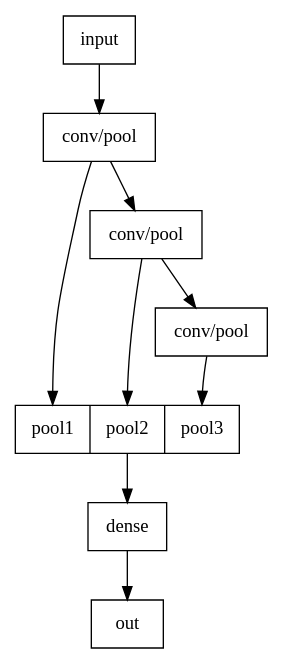
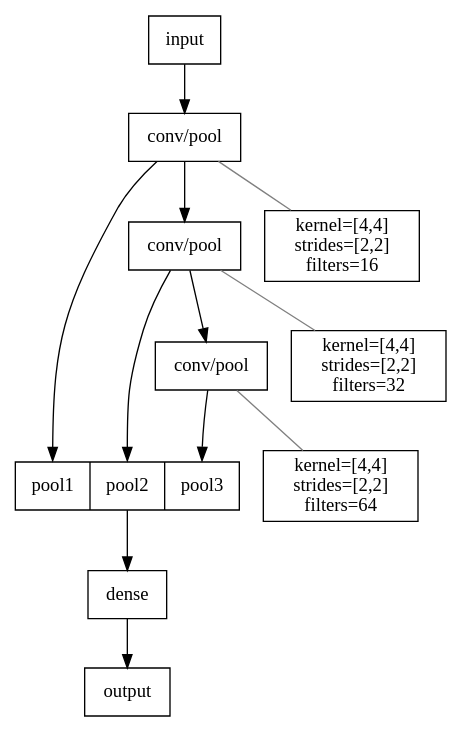
One commit to zpreisler/tensorflow_CNN changed the diagram in doc/graph.gv. Above: the diagram before and after it, drawn with Graphviz. The commit also changed 5 other files, not shown here.

```diff
--- a/doc/graph.gv
+++ b/doc/graph.gv
@@ -1,21 +1,32 @@
 digraph CNN {
 	node [shape =record];
 
-	flat [label = "{  { <f0> pool1 | <f1> pool2 | <f2> pool3 }  } "]
-	conv1 [label ="conv/pool"]
-	conv2 [label ="conv/pool"]
-	conv3 [label ="conv/pool"]
+	flat [label = "{  { <f0> pool1 | <f1> pool2 | <f2> pool3 }  } "];
+	conv1 [label ="conv/pool"];
+	conv2 [label ="conv/pool"];
+	conv3 [label ="conv/pool"];
+
+	d1 [label = "kernel=[4,4]\n strides=[2,2]\n filters=16"]
+	d2 [label = "kernel=[4,4]\n strides=[2,2]\n filters=32"]
+	d3 [label = "kernel=[4,4]\n strides=[2,2]\n filters=64"]
+
+	subgraph A {
+		edge [dir=none, color=gray]
+		conv1 -> d1;
+		conv2 -> d2;
+		conv3 -> d3;
+	}
 
 	input -> conv1;
 	conv1 -> conv2;
 	conv2 -> conv3;
 	conv1 -> "flat":f0;
 	conv2 -> "flat":f1;
 	conv3 -> "flat":f2;
 
 	subgraph c_1 {
 		label="Subgraph B";
 		flat -> dense;
-		dense -> out;
+		dense -> output;
 	}
 }
```
